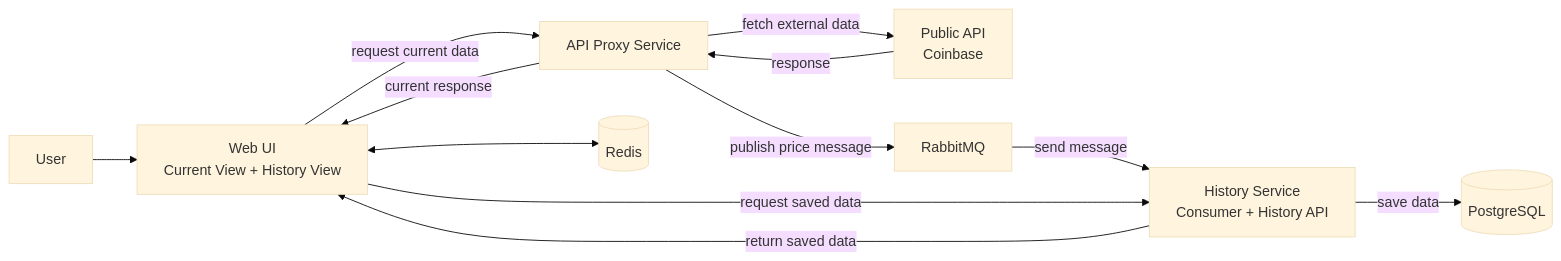
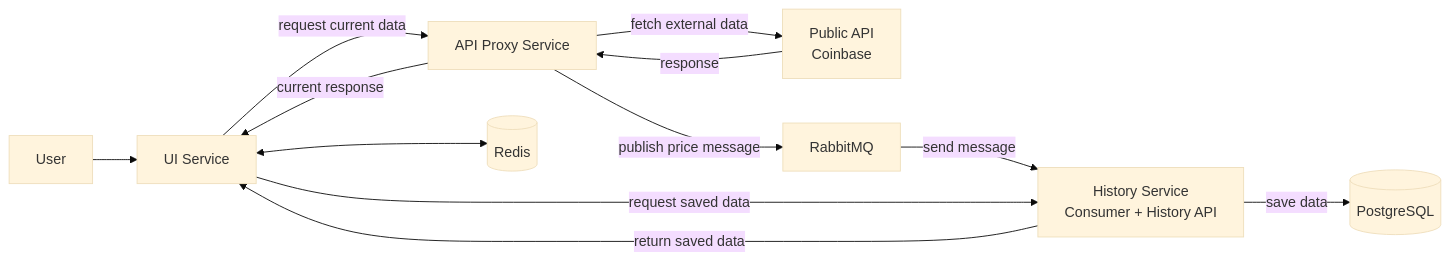
The diagram in README.md (ua-academy-projects/coin-ops), drawn with Mermaid (base theme) before and after one commit.

````diff
--- a/README.md
+++ b/README.md
@@ -15,23 +15,23 @@
 ```mermaid
 flowchart LR
     User[User]
-    UI[Web UI<br/>Current View + History View]
+    UI[UI Service]
     Proxy[API Proxy Service]
     Coinbase[Public API<br/>Coinbase]
     Rabbit[RabbitMQ]
     History[History Service<br/>Consumer + History API]
     Postgres[(PostgreSQL)]
     Redis[(Redis)]
 
     User --> UI
     UI -- request current data --> Proxy
     Proxy -- fetch external data --> Coinbase
     Coinbase -- response --> Proxy
     Proxy -- current response --> UI
     Proxy -- publish price message --> Rabbit
     Rabbit -- send message --> History
     History -- save data --> Postgres
     UI -- request saved data --> History
     History -- return saved data --> UI
     UI <--> Redis
 ```
````
